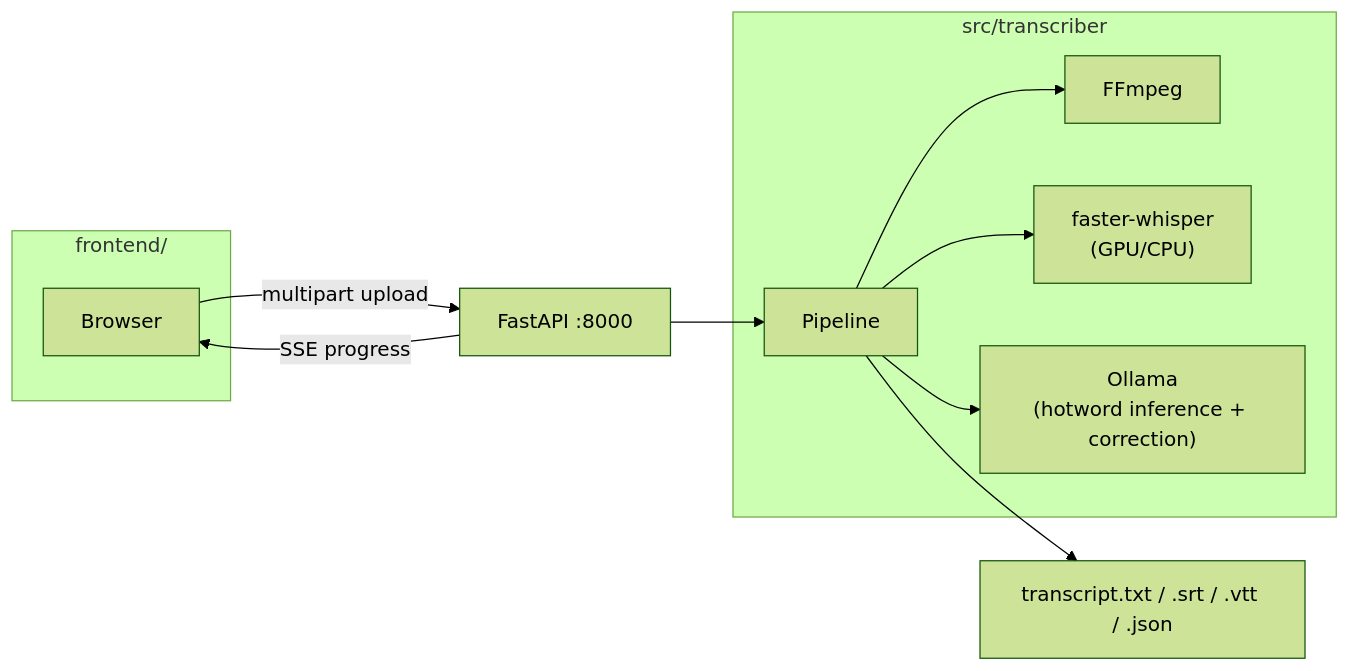
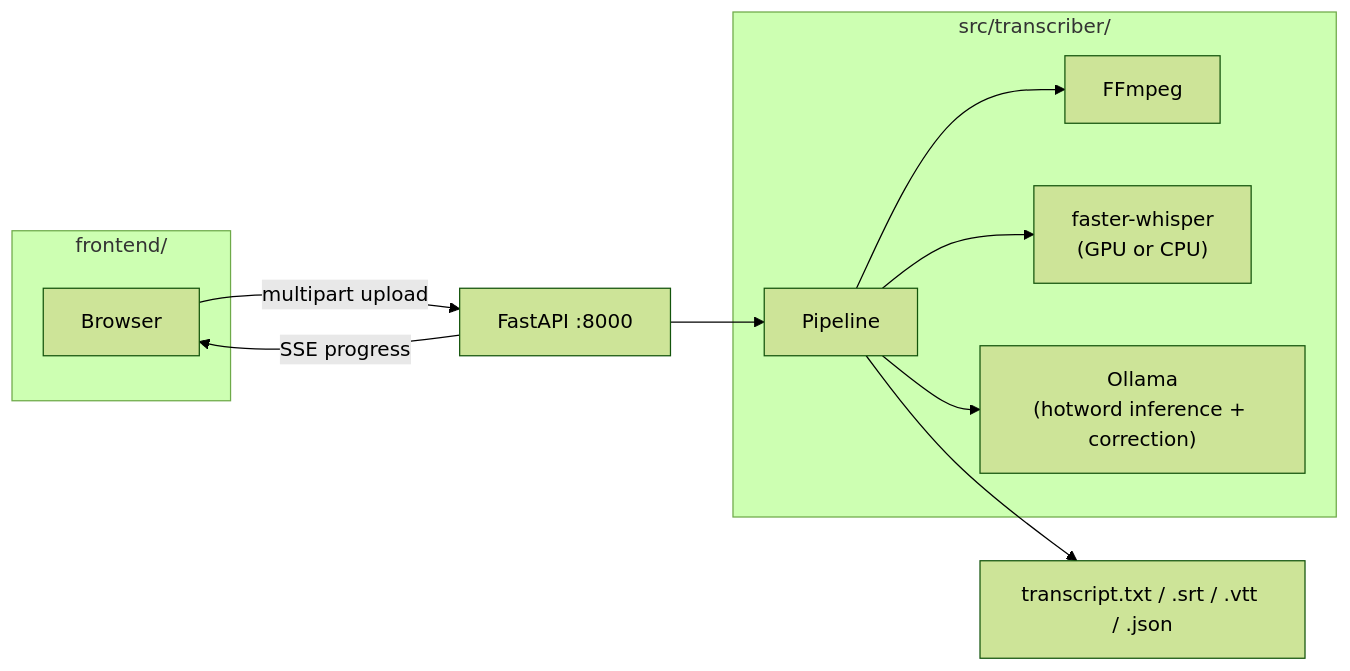
Before and after one commit to kimo26/local-transcriber: the diagram in README.md, drawn with Mermaid (forest theme). The commit also changed other lines of this file and 9 other files, not shown here.

````diff
--- a/README.md
+++ b/README.md
@@ -18,19 +93,19 @@
 ```mermaid
 graph LR
     Browser -->|multipart upload| API["FastAPI :8000"]
     API -->|SSE progress| Browser
     API --> Pipeline
     Pipeline --> FFmpeg
-    Pipeline --> Whisper["faster-whisper\n(GPU/CPU)"]
+    Pipeline --> Whisper["faster-whisper\n(GPU or CPU)"]
     Pipeline --> Ollama["Ollama\n(hotword inference + correction)"]
     Pipeline --> Outputs["transcript.txt / .srt / .vtt / .json"]
-    subgraph "src/transcriber"
+    subgraph "src/transcriber/"
         Pipeline
         Whisper
         Ollama
         FFmpeg
     end
     subgraph "frontend/"
         Browser
     end
 ```
````
